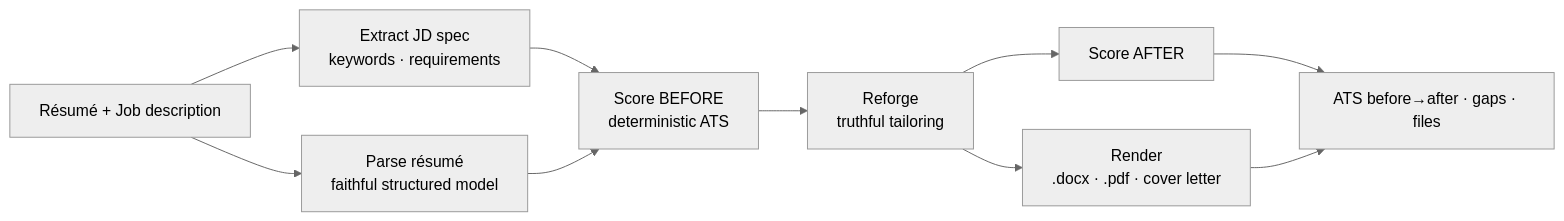
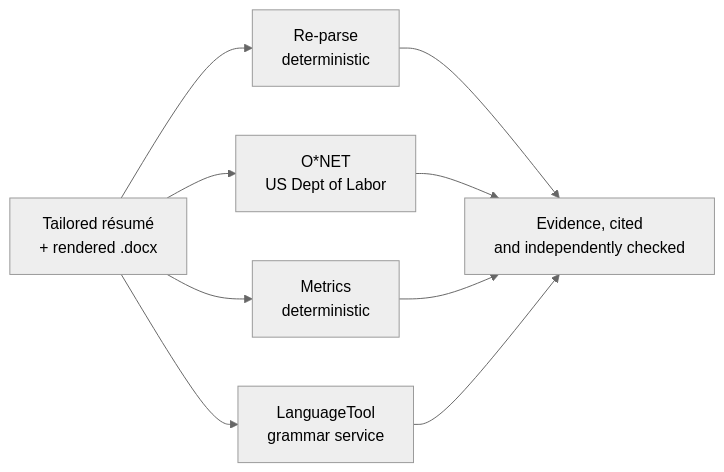
The first of 2 diagrams in README.md (wildanrhmn/resumurai), drawn with Mermaid (neutral theme) before and after one commit. The commit also changed other lines of this file and 1 other file, not shown here.

Commit message:
docs: rewrite README with centered logo, mermaid diagrams, and the evidence layer

````diff
--- a/README.md
+++ b/README.md
@@ -17,10 +46,12 @@
 ```mermaid
 flowchart LR
-  A[Résumé + Job description] --> B[Extract JD spec<br/>keywords · requirements]
-  A --> C[Parse résumé<br/>faithful structured model]
-  B & C --> D[Score BEFORE<br/>deterministic ATS]
-  D --> E[Reforge<br/>truthful tailoring]
-  E --> F[Score AFTER]
-  E --> G[Render<br/>.docx · .pdf · cover letter]
-  F & G --> H[ATS before→after · gaps · files]
+  T["Tailored résumé<br/>+ rendered .docx"]
+  T --> A["Re-parse<br/>deterministic"]
+  T --> B["O*NET<br/>US Dept of Labor"]
+  T --> C["Metrics<br/>deterministic"]
+  T --> D["LanguageTool<br/>grammar service"]
+  A --> E["Evidence, cited<br/>and independently checked"]
+  B --> E
+  C --> E
+  D --> E
 ```
````
